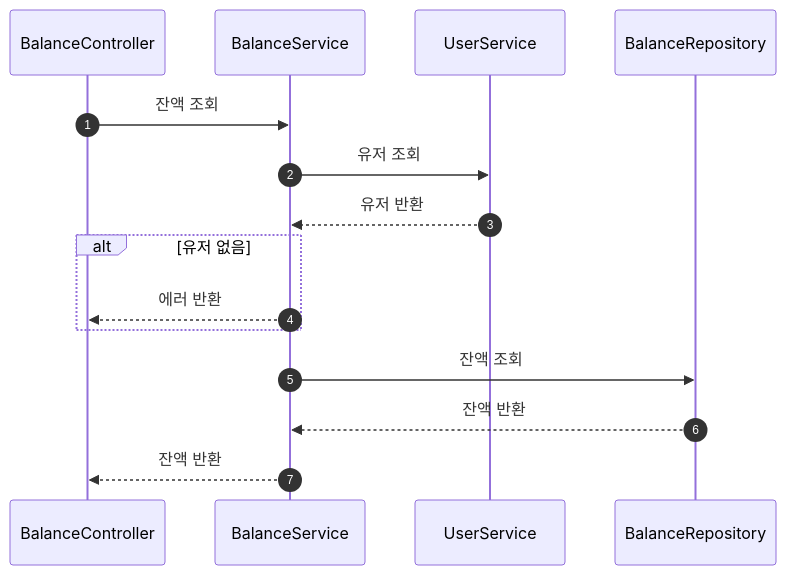
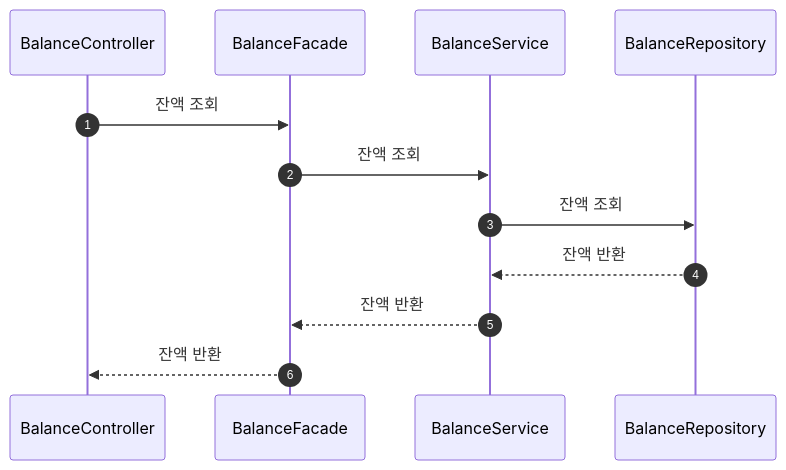
The first of 7 diagrams in docs/sequence/시퀀스_다이어그램.md (tre2man/hhplus-commerce), drawn with Mermaid before and after one commit. The commit also changed other lines of this file, not shown here.

Commit message:
document: 유저 조회하는 플로우 삭제

````diff
--- a/docs/sequence/시퀀스_다이어그램.md
+++ b/docs/sequence/시퀀스_다이어그램.md
@@ -3,18 +3,15 @@
 ```mermaid
 sequenceDiagram
     autonumber
     participant BalanceController
+    participant BalanceFacade
     participant BalanceService
-    participant UserService
     participant BalanceRepository
 
-    BalanceController->>BalanceService: 잔액 조회
-    BalanceService->>UserService: 유저 조회
-    UserService-->>BalanceService: 유저 반환
-    alt 유저 없음
-        BalanceService-->>BalanceController: 에러 반환
-    end
+    BalanceController->>BalanceFacade: 잔액 조회
+    BalanceFacade->>BalanceService: 잔액 조회
     BalanceService->>BalanceRepository: 잔액 조회
     BalanceRepository-->>BalanceService: 잔액 반환
-    BalanceService-->>BalanceController: 잔액 반환
+    BalanceService-->>BalanceFacade: 잔액 반환
+    BalanceFacade-->>BalanceController: 잔액 반환
 ```
````
